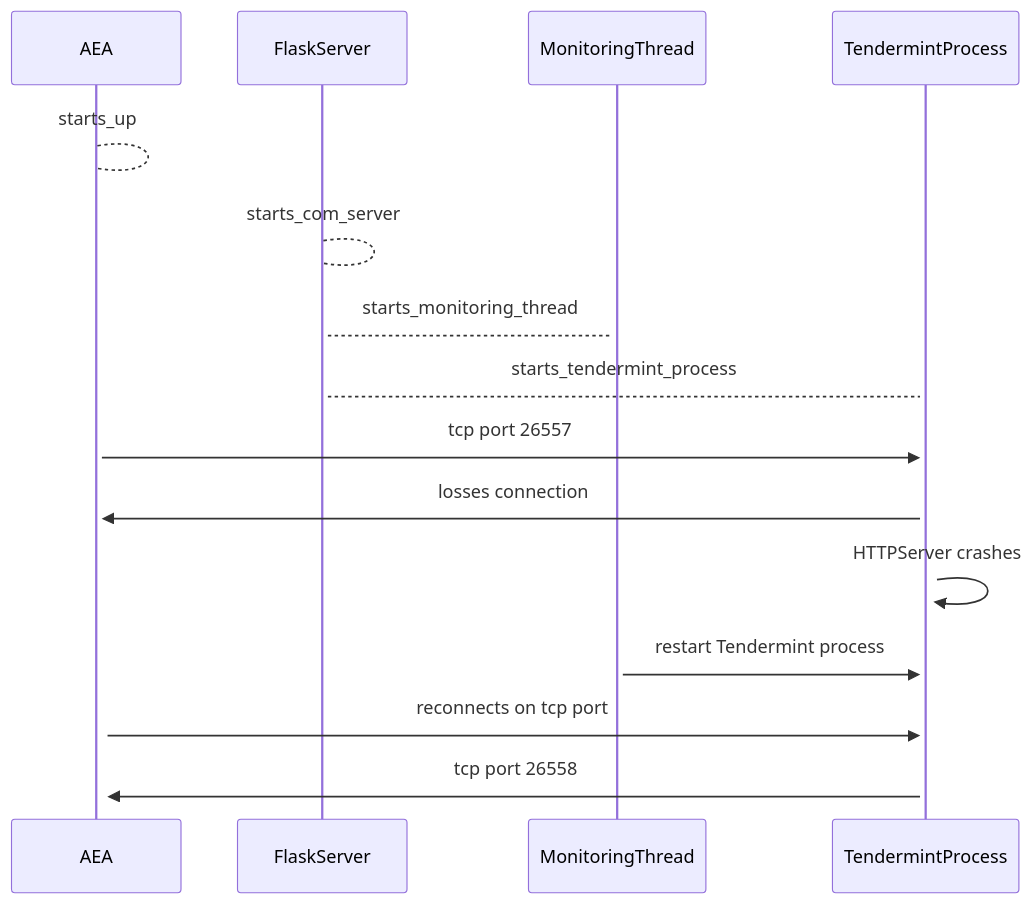
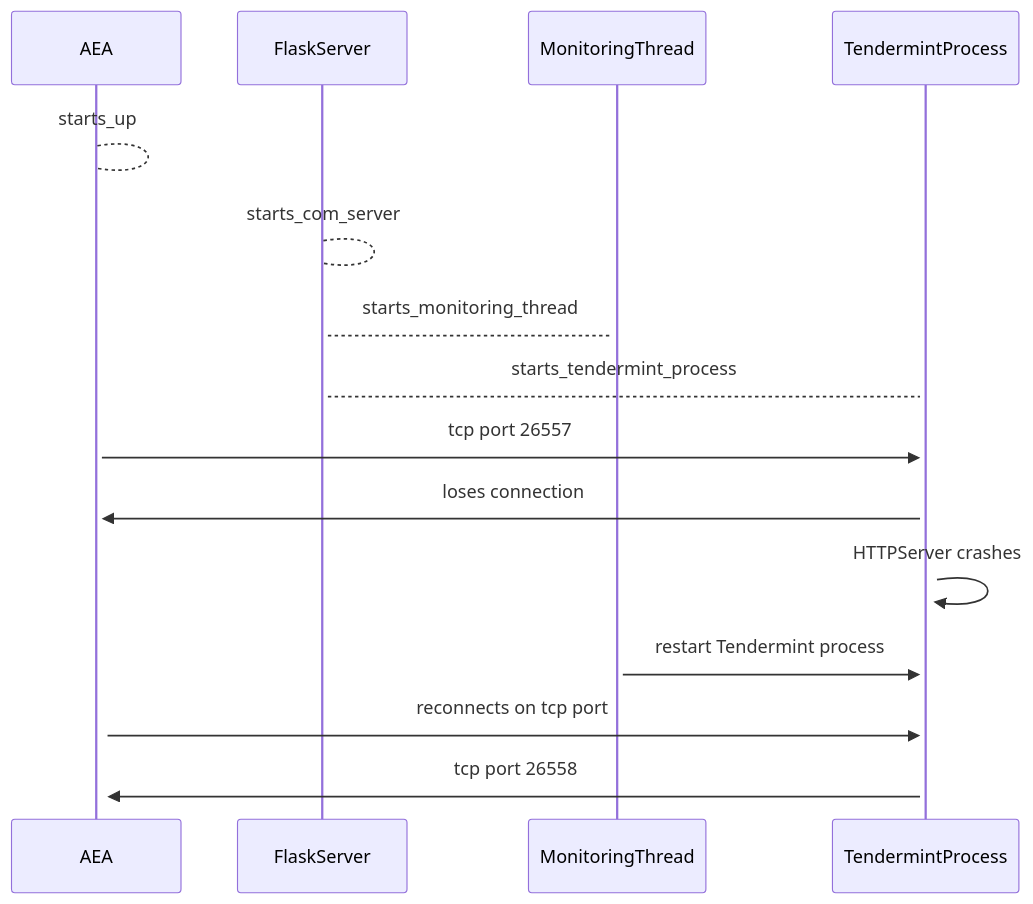
Before and after one commit to valory-xyz/open-autonomy: the sixth of 6 diagrams in docs/control_flow.md, drawn with Mermaid.

````diff
--- a/docs/control_flow.md
+++ b/docs/control_flow.md
@@ -186,14 +186,14 @@
 ```mermaid
 sequenceDiagram
    AEA-->+AEA: starts_up
    FlaskServer-->+FlaskServer: starts_com_server
    FlaskServer-->+MonitoringThread: starts_monitoring_thread
    FlaskServer-->+TendermintProcess: starts_tendermint_process
    
    AEA->>+TendermintProcess: tcp port 26557
-   TendermintProcess->>+AEA: losses connection
+   TendermintProcess->>+AEA: loses connection
    TendermintProcess->>+TendermintProcess: HTTPServer crashes
    MonitoringThread->>+TendermintProcess: restart Tendermint process
    AEA->>+TendermintProcess: reconnects on tcp port
    TendermintProcess->>+AEA: tcp port 26558
 ```
````
